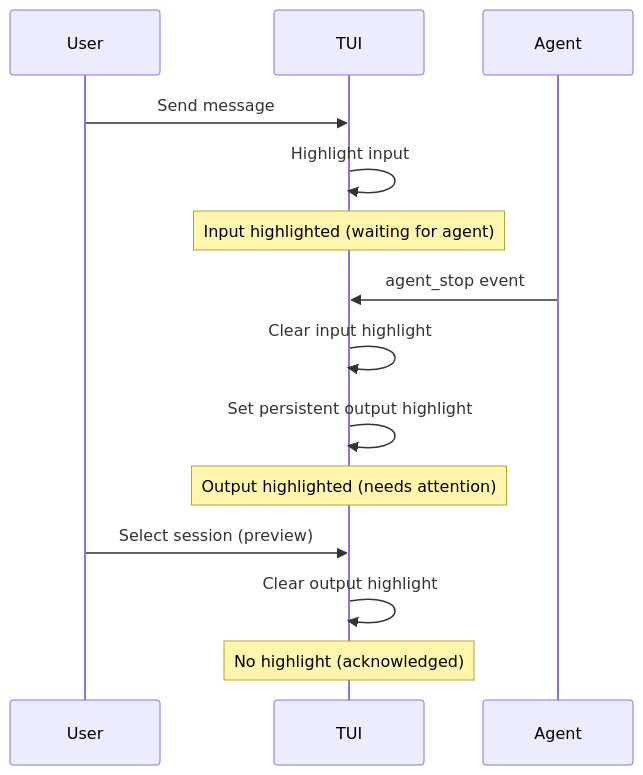
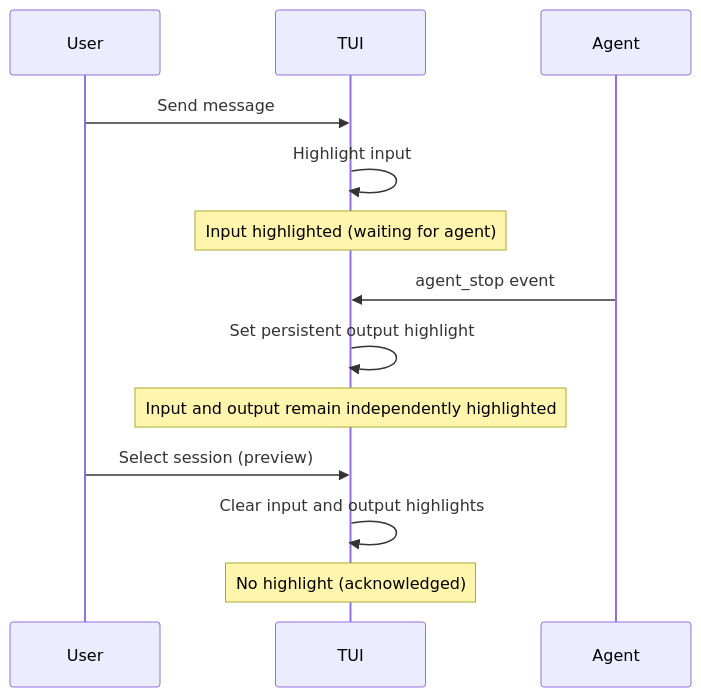
The first of 3 diagrams in docs/project/design/ux/session-highlight.md (InstruktAI/TeleClaude), drawn with Mermaid before and after one commit. The commit also changed other lines of this file, not shown here.

First line of the commit message:
docs(session-highlight): fold the delivered independent-highlight contract

````diff
--- a/docs/project/design/ux/session-highlight.md
+++ b/docs/project/design/ux/session-highlight.md
@@ -44,19 +44,18 @@
 ```mermaid
 sequenceDiagram
     participant User
     participant TUI
     participant Agent
 
     User->>TUI: Send message
     TUI->>TUI: Highlight input
     Note over TUI: Input highlighted (waiting for agent)
 
     Agent->>TUI: agent_stop event
-    TUI->>TUI: Clear input highlight
     TUI->>TUI: Set persistent output highlight
-    Note over TUI: Output highlighted (needs attention)
+    Note over TUI: Input and output remain independently highlighted
 
     User->>TUI: Select session (preview)
-    TUI->>TUI: Clear output highlight
+    TUI->>TUI: Clear input and output highlights
     Note over TUI: No highlight (acknowledged)
 ```
````
